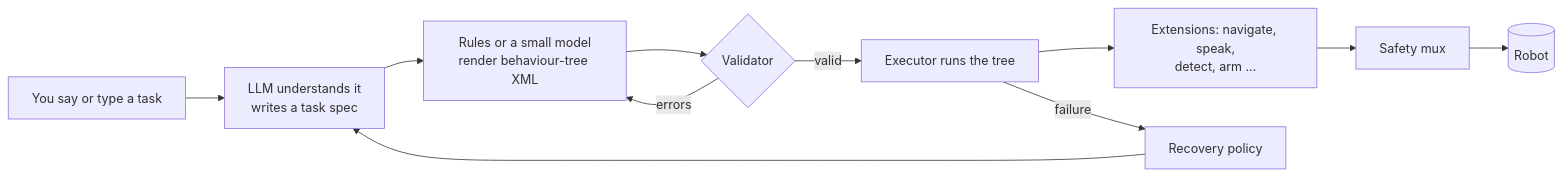
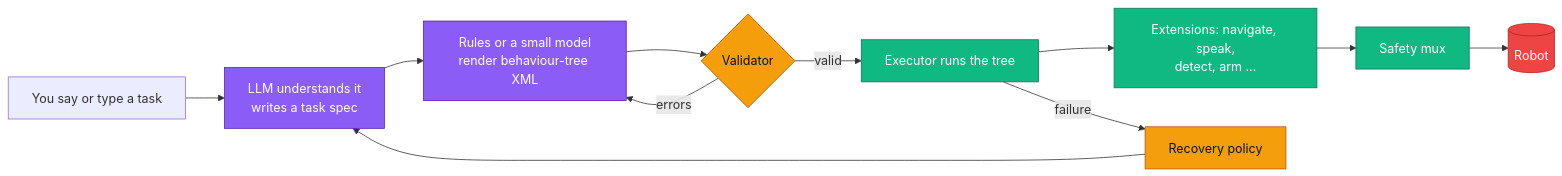
Before and after one commit to lkaixian/ros2-jazzy-framework: the diagram in docs/start-here.md, drawn with Mermaid. The commit also changed other lines of this file and 8 other files, not shown here.

Commit message:
Docs: SVG banner, coloured Mermaid diagrams, callout boxes (note/tip/important/warning/caution)

````diff
--- a/docs/start-here.md
+++ b/docs/start-here.md
@@ -9,12 +9,20 @@
 ```mermaid
 flowchart LR
     A[You say or type a task] --> B[LLM understands it<br/>writes a task spec]
     B --> C[Rules or a small model<br/>render behaviour-tree XML]
     C --> D{Validator}
     D -- errors --> C
     D -- valid --> E[Executor runs the tree]
     E --> F[Extensions: navigate, speak,<br/>detect, arm ...]
     F --> G[Safety mux] --> H[(Robot)]
     E -- failure --> I[Recovery policy]
     I --> B
+    classDef brain fill:#8b5cf6,stroke:#5b21b6,color:#fff
+    classDef gate fill:#f59e0b,stroke:#b45309,color:#111
+    classDef act fill:#10b981,stroke:#047857,color:#fff
+    classDef hw fill:#ef4444,stroke:#b91c1c,color:#fff
+    class B,C brain
+    class D,I gate
+    class E,F,G act
+    class H hw
 ```
````
